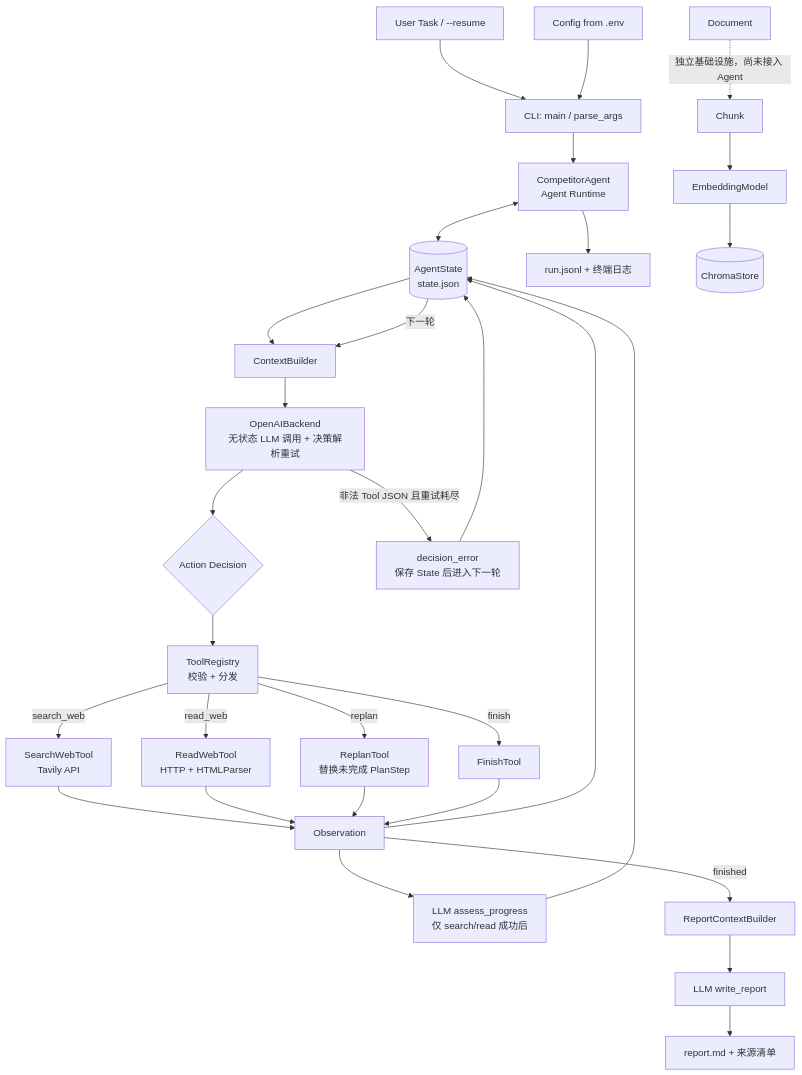
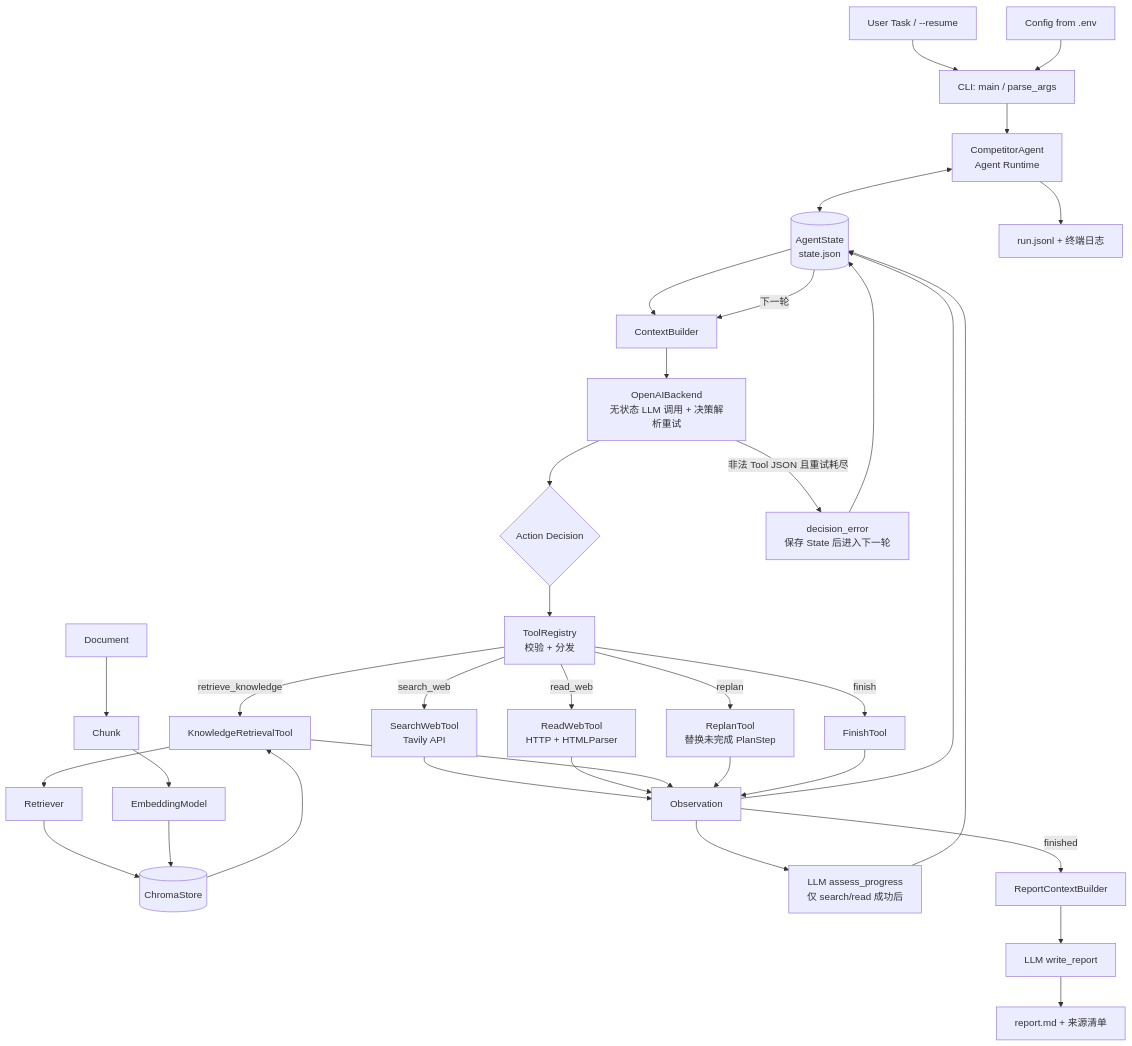
One commit to chiye0916/agent-competitor changed the first of 3 diagrams in docs/ARCHITECTURE.md. Above: the diagram before and after it, drawn with Mermaid. The commit also changed other lines of this file and 18 other files, not shown here.

Commit message:
feat: expose knowledge retrieval as agent tool

````diff
--- a/docs/ARCHITECTURE.md
+++ b/docs/ARCHITECTURE.md
@@ -9,33 +9,38 @@
 ```mermaid
 flowchart TD
     U[User Task / --resume] --> CLI[CLI: main / parse_args]
     CFG[Config from .env] --> CLI
     CLI --> A[CompetitorAgent<br/>Agent Runtime]
     A <--> S[(AgentState<br/>state.json)]
     S --> C[ContextBuilder]
     C --> L[OpenAIBackend<br/>无状态 LLM 调用 + 决策解析重试]
     L --> D{Action Decision}
     L -->|非法 Tool JSON 且重试耗尽| DE[decision_error<br/>保存 State 后进入下一轮]
     DE --> S
     D --> TR[ToolRegistry<br/>校验 + 分发]
     TR -->|search_web| SW[SearchWebTool<br/>Tavily API]
     TR -->|read_web| RW[ReadWebTool<br/>HTTP + HTMLParser]
+    TR -->|retrieve_knowledge| KT[KnowledgeRetrievalTool]
     TR -->|replan| RP[ReplanTool<br/>替换未完成 PlanStep]
     TR -->|finish| FN[FinishTool]
     SW --> O[Observation]
     RW --> O
+    KT --> RET[Retriever]
+    RET --> VS[(ChromaStore)]
+    VS --> KT
+    KT --> O
     RP --> O
     FN --> O
     O --> PA[LLM assess_progress<br/>仅 search/read 成功后]
     PA --> S
     O --> S
     S -->|下一轮| C
     O -->|finished| RC[ReportContextBuilder]
     RC --> WR[LLM write_report]
     WR --> R[report.md + 来源清单]
     A --> J[run.jsonl + 终端日志]
 
-    DOC[Document] -. 独立基础设施，尚未接入 Agent .-> CH[Chunk]
+    DOC[Document] --> CH[Chunk]
     CH --> EM[EmbeddingModel]
-    EM --> VS[(ChromaStore)]
+    EM --> VS
 ```
````
